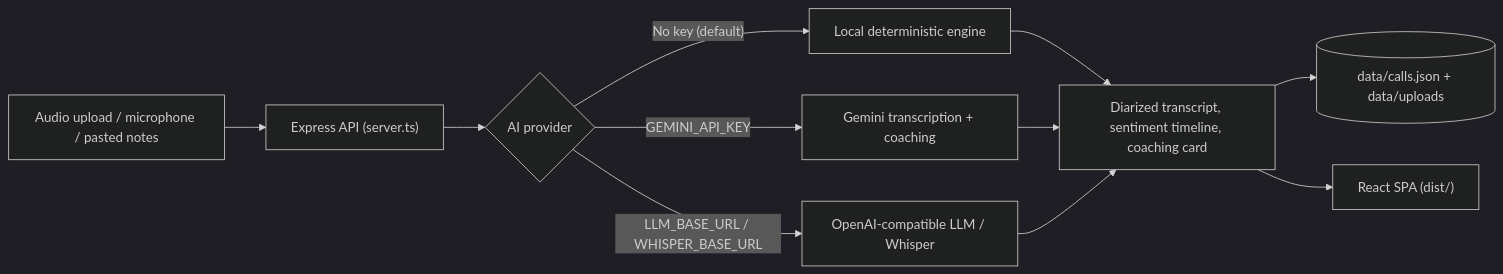
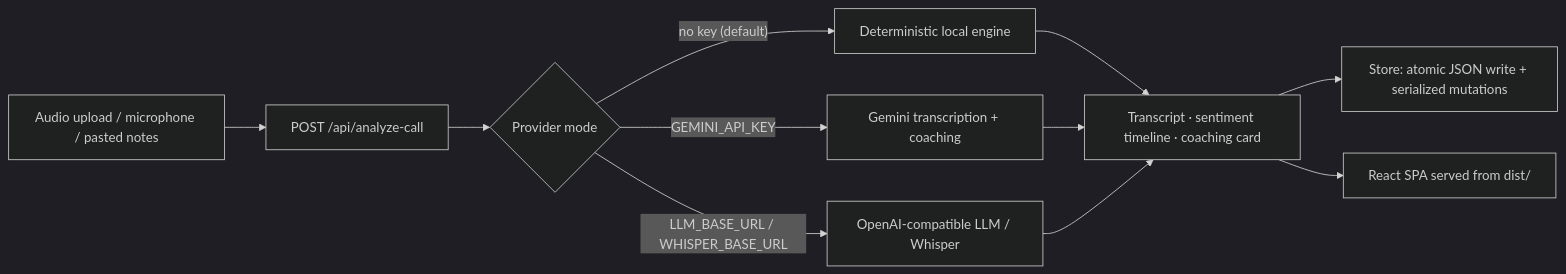
One commit to huayuehua15-netizen/yin-shi changed the diagram in README.md. Above: the diagram before and after it, drawn with Mermaid (dark theme). The commit also changed other lines of this file and 12 other files, not shown here.

First line of the commit message:
[文档] 重写 README 与产品截图，补面试向案例复盘

````diff
--- a/README.md
+++ b/README.md
@@ -81,13 +110,13 @@
 ```mermaid
 flowchart LR
-  A["Audio upload / microphone / pasted notes"] --> B["Express API (server.ts)"]
-  B --> C{"AI provider"}
-  C -->|"No key (default)"| D["Local deterministic engine"]
+  A["Audio upload / microphone / pasted notes"] --> B["POST /api/analyze-call"]
+  B --> C{"Provider mode"}
+  C -->|"no key (default)"| D["Deterministic local engine"]
   C -->|"GEMINI_API_KEY"| E["Gemini transcription + coaching"]
   C -->|"LLM_BASE_URL / WHISPER_BASE_URL"| F["OpenAI-compatible LLM / Whisper"]
-  D --> G["Diarized transcript, sentiment timeline, coaching card"]
+  D --> G["Transcript · sentiment timeline · coaching card"]
   E --> G
   F --> G
-  G --> H[("data/calls.json + data/uploads")]
-  G --> I["React SPA (dist/)"]
+  G --> H["Store: atomic JSON write + serialized mutations"]
+  G --> I["React SPA served from dist/"]
 ```
````
